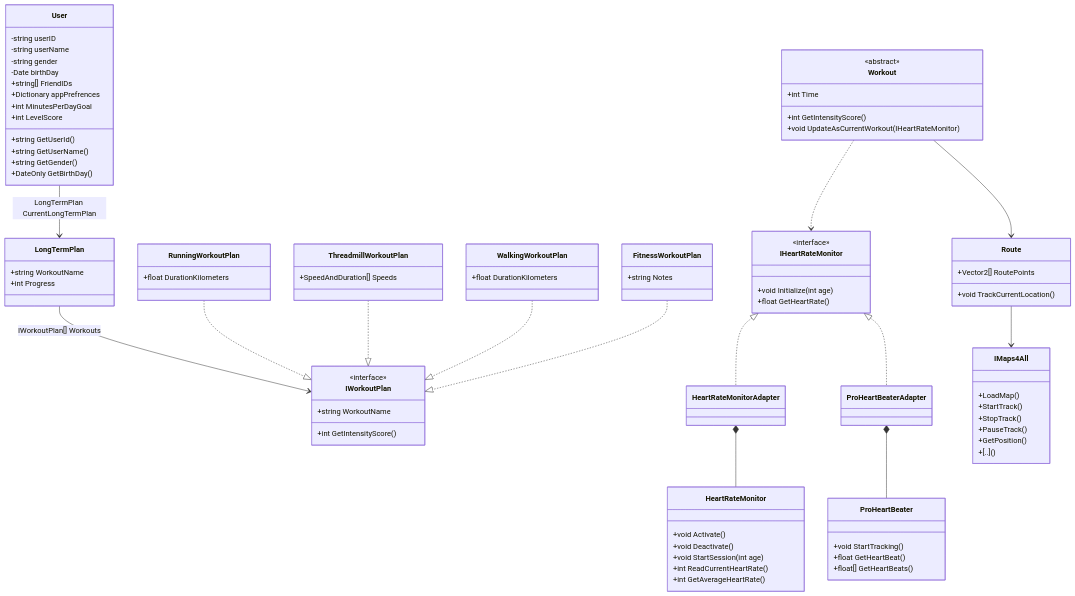
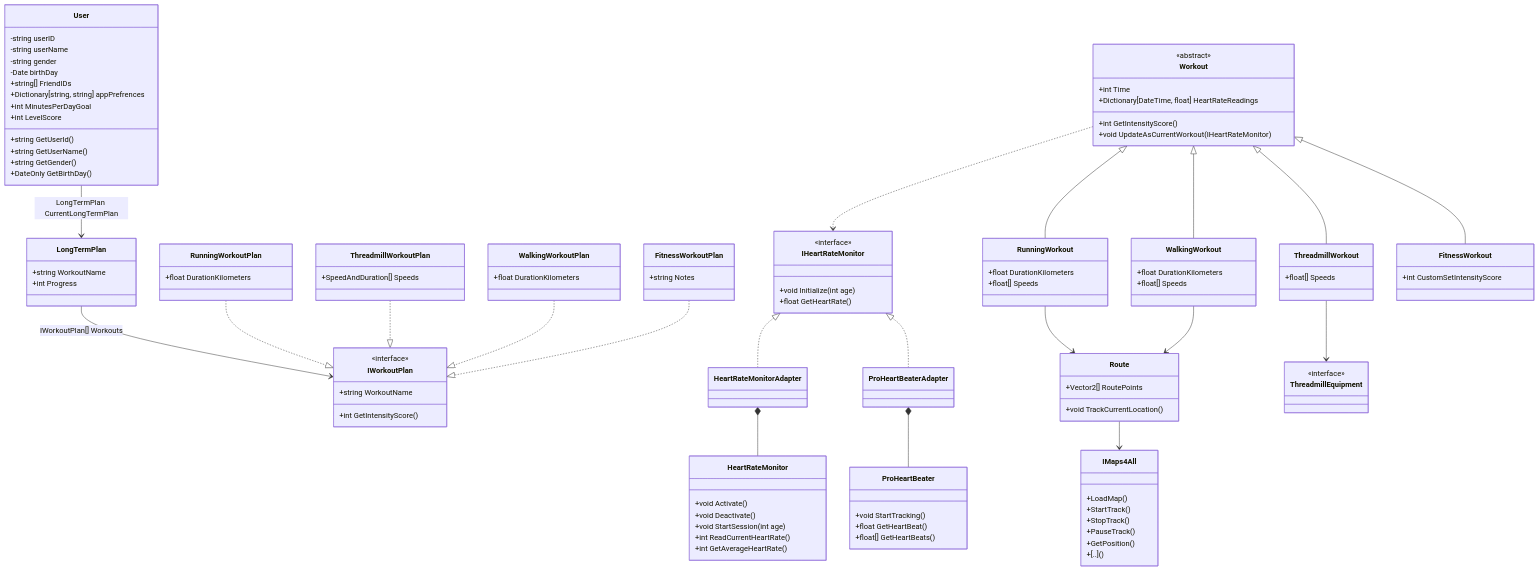
Before and after one commit to SteHun/WorkoutappAssignment: the diagram in classDiagram.md, drawn with Mermaid.

Commit message:
Added all workout types

````diff
--- a/classDiagram.md
+++ b/classDiagram.md
@@ -7,7 +7,7 @@
     -string gender
     -Date birthDay
     +string[] FriendIDs
-    +Dictionary<string, string> appPrefrences
+    +Dictionary[string, string] appPrefrences
     +int MinutesPerDayGoal
     +int LevelScore
     +string GetUserId()
@@ -56,6 +56,7 @@
     +int Time
     +int GetIntensityScore()
     +void UpdateAsCurrentWorkout(IHeartRateMonitor)
+    +Dictionary[DateTime, float] HeartRateReadings
 }
 <<abstract>> Workout
 
@@ -101,11 +102,40 @@
 }
 
 Workout ..> IHeartRateMonitor
-Workout --> Route
 
 class Route{
     +Vector2[] RoutePoints
     +void TrackCurrentLocation()
 }
 Route --> IMaps4All
+
+class RunningWorkout{
+    +float DurationKilometers
+    +float[] Speeds
+}
+Workout <|-- RunningWorkout 
+RunningWorkout --> Route
+
+class WalkingWorkout{
+    +float DurationKilometers
+    +float[] Speeds
+}
+Workout <|-- WalkingWorkout 
+WalkingWorkout --> Route
+
+class ThreadmillWorkout{
+    +float[] Speeds
+}
+
+class ThreadmillEquipment
+<<interface>> ThreadmillEquipment
+
+Workout <|-- ThreadmillWorkout
+ThreadmillWorkout --> ThreadmillEquipment
+
+class FitnessWorkout{
+    +int CustomSetIntensityScore
+}
+
+Workout <|-- FitnessWorkout
 ```
````
